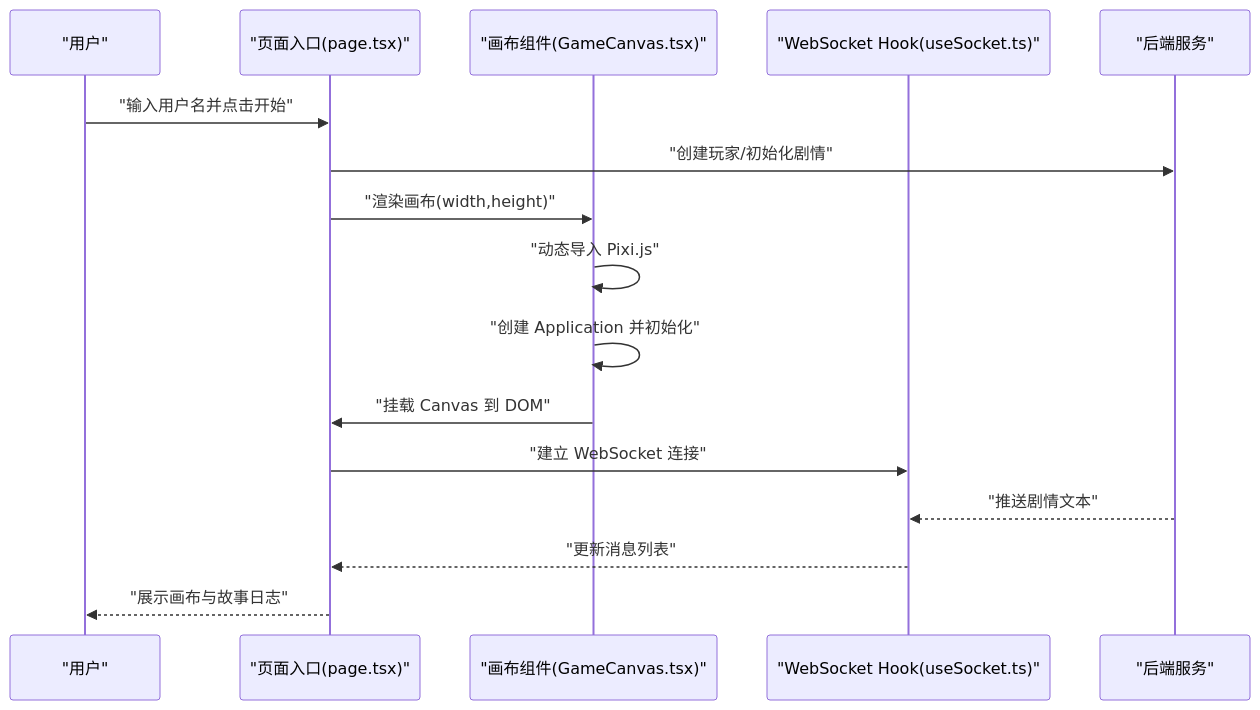
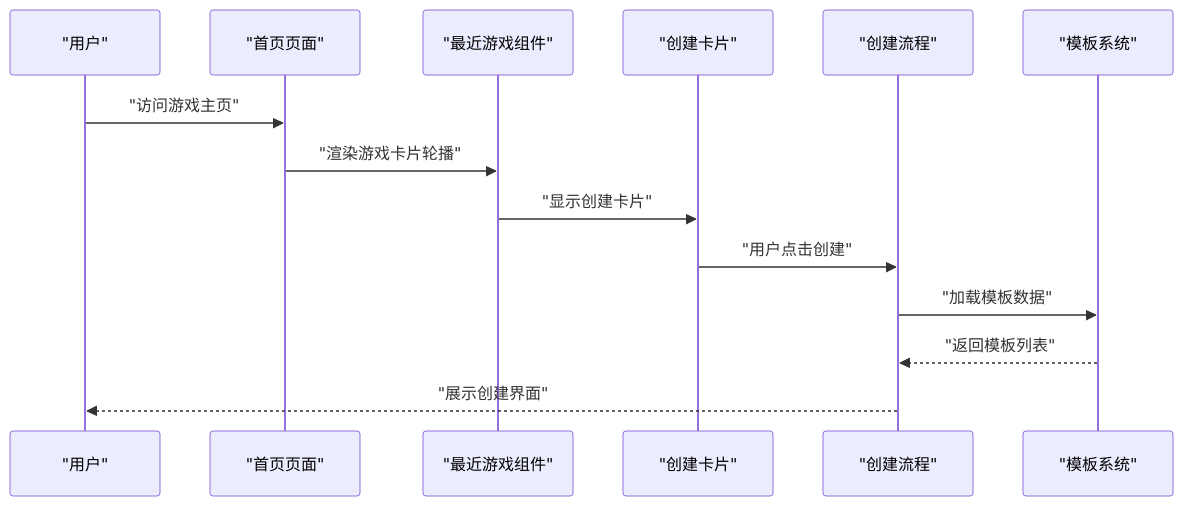
One commit to KunLabAI/KunFlix changed the second of 4 diagrams in .qoder/repowiki/zh/content/前端开发指南/游戏画布渲染系统.md. Above: the diagram before and after it, drawn with Mermaid. The commit also changed other lines of this file and 25 other files, not shown here.

````diff
--- a/.qoder/repowiki/zh/content/前端开发指南/游戏画布渲染系统.md
+++ b/.qoder/repowiki/zh/content/前端开发指南/游戏画布渲染系统.md
@@ -83,18 +126,16 @@
 ```mermaid
 sequenceDiagram
 participant U as "用户"
-participant P as "页面入口(page.tsx)"
-participant G as "画布组件(GameCanvas.tsx)"
-participant W as "WebSocket Hook(useSocket.ts)"
-participant R as "后端服务"
-U->>P : "输入用户名并点击开始"
-P->>R : "创建玩家/初始化剧情"
-P->>G : "渲染画布(width,height)"
-G->>G : "动态导入 Pixi.js"
-G->>G : "创建 Application 并初始化"
-G->>P : "挂载 Canvas 到 DOM"
-P->>W : "建立 WebSocket 连接"
-R-->>W : "推送剧情文本"
-W-->>P : "更新消息列表"
-P-->>U : "展示画布与故事日志"
+participant H as "首页页面"
+participant RG as "最近游戏组件"
+participant CG as "创建卡片"
+participant CC as "创建流程"
+participant TS as "模板系统"
+U->>H : "访问游戏主页"
+H->>RG : "渲染游戏卡片轮播"
+RG->>CG : "显示创建卡片"
+CG->>CC : "用户点击创建"
+CC->>TS : "加载模板数据"
+TS-->>CC : "返回模板列表"
+CC-->>U : "展示创建界面"
 ```
````
